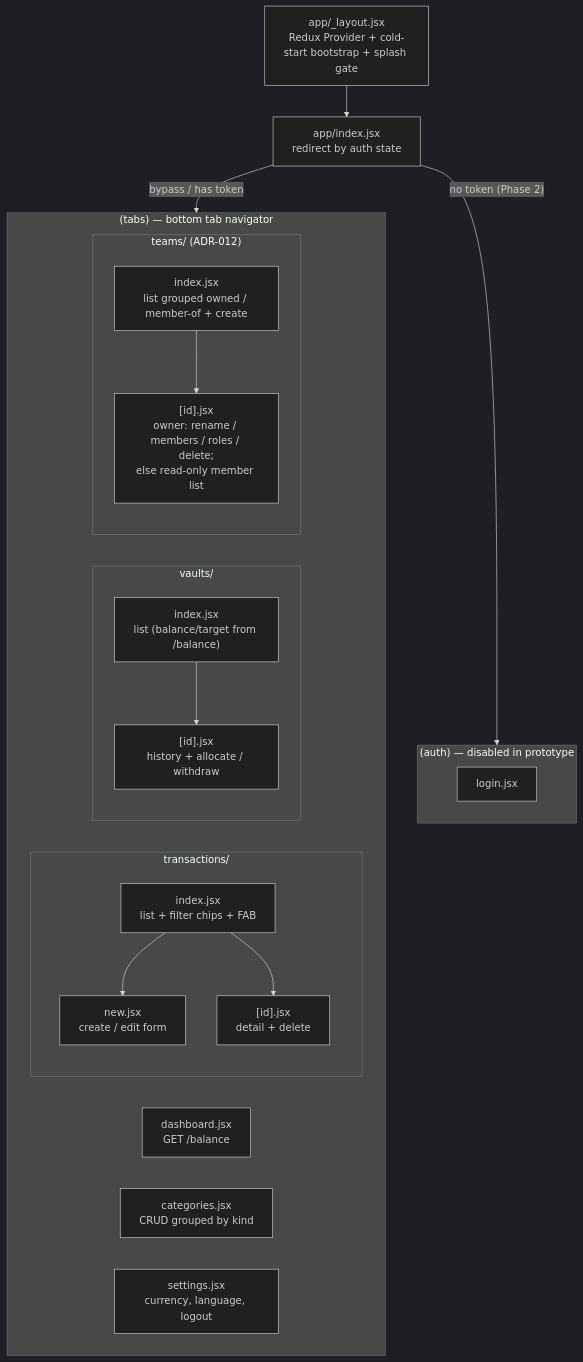
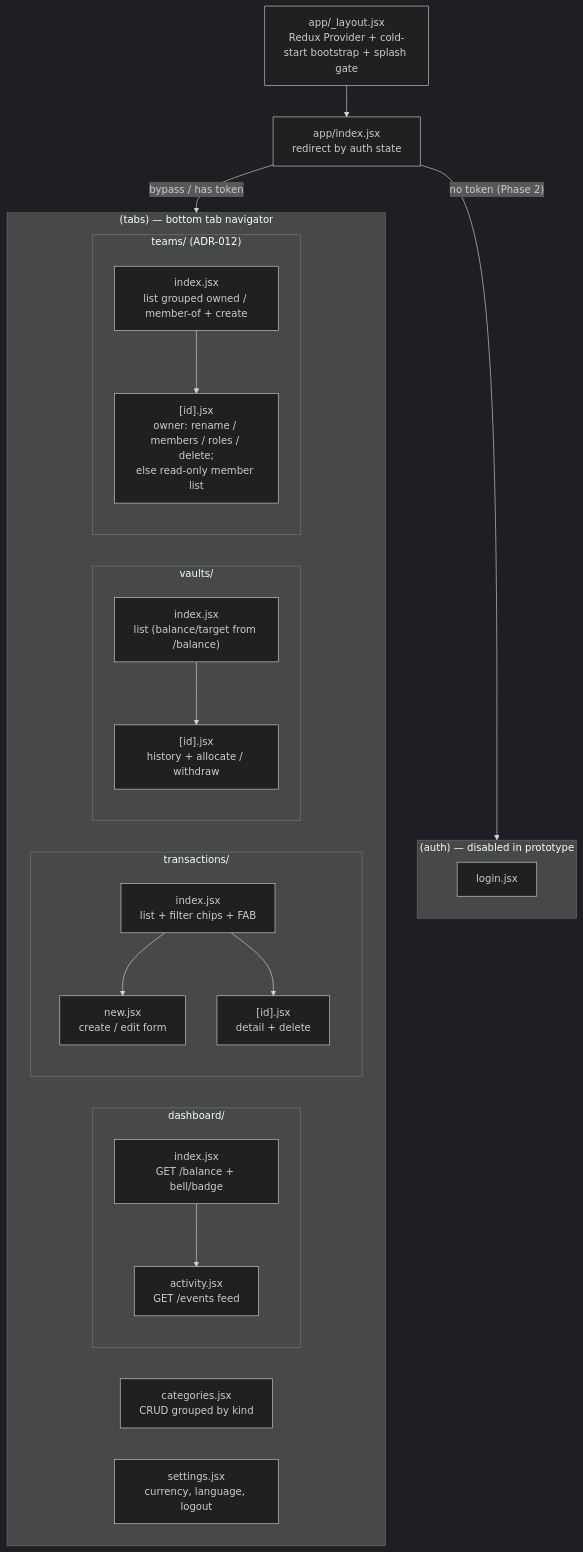
One commit to JayroGG/balance-manager changed the first of 3 diagrams in ARCHITECTURE.md. Above: the diagram before and after it, drawn with Mermaid (dark theme). The commit also changed other lines of this file and 27 other files, not shown here.

First line of the commit message:
[STAGE] feat: activity feed — per-context `/events` screen + unread badge (#13)

````diff
--- a/ARCHITECTURE.md
+++ b/ARCHITECTURE.md
@@ -9,36 +9,40 @@
 ```mermaid
 graph TD
   Root["app/_layout.jsx<br/>Redux Provider + cold-start bootstrap + splash gate"]
   Index["app/index.jsx<br/>redirect by auth state"]
   Root --> Index
   Index -->|"bypass / has token"| Tabs
   Index -->|"no token (Phase 2)"| Auth
 
   subgraph Auth["(auth) — disabled in prototype"]
     Login["login.jsx"]
   end
 
   subgraph Tabs["(tabs) — bottom tab navigator"]
-    Dash["dashboard.jsx<br/>GET /balance"]
+    subgraph Dash["dashboard/"]
+      DashIndex["index.jsx<br/>GET /balance + bell/badge"]
+      DashActivity["activity.jsx<br/>GET /events feed"]
+    end
     subgraph Tx["transactions/"]
       TxList["index.jsx<br/>list + filter chips + FAB"]
       TxNew["new.jsx<br/>create / edit form"]
       TxDetail["[id].jsx<br/>detail + delete"]
     end
     subgraph Vaults["vaults/"]
       VList["index.jsx<br/>list (balance/target from /balance)"]
       VDetail["[id].jsx<br/>history + allocate / withdraw"]
     end
     Cats["categories.jsx<br/>CRUD grouped by kind"]
     subgraph Teams["teams/ (ADR-012)"]
       TList["index.jsx<br/>list grouped owned / member-of + create"]
       TManage["[id].jsx<br/>owner: rename / members / roles / delete;<br/>else read-only member list"]
     end
     Settings["settings.jsx<br/>currency, language, logout"]
   end
 
+  DashIndex --> DashActivity
   TxList --> TxNew
   TxList --> TxDetail
   VList --> VDetail
   TList --> TManage
 ```
````
